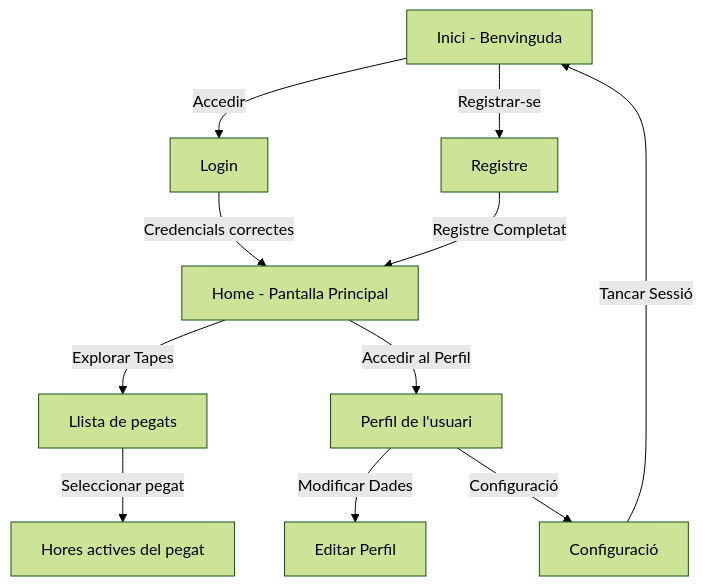
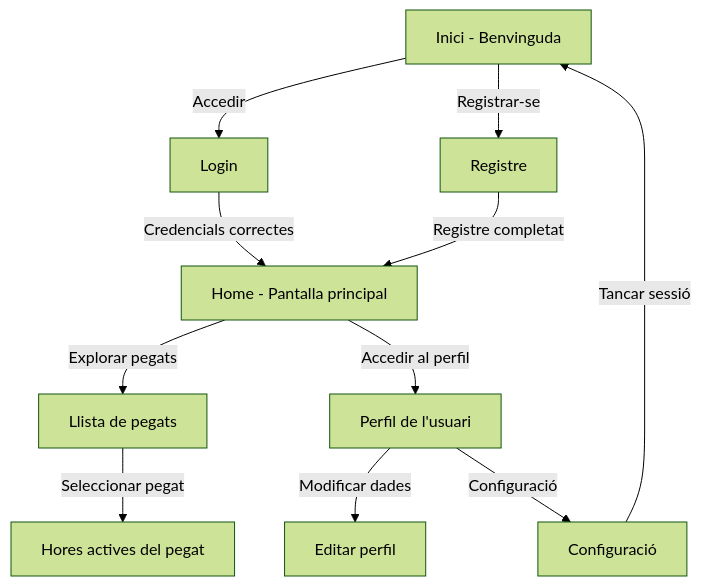
One commit to maraagm/TapatApp changed the diagram in diagramPestanyes.mmd. Above: the diagram before and after it, drawn with Mermaid (forest theme).

```diff
--- a/diagramPestanyes.mmd
+++ b/diagramPestanyes.mmd
@@ -1,11 +1,11 @@
 flowchart TD
     A[Inici - Benvinguda] -->|Accedir| B[Login]
     A -->|Registrar-se| C[Registre]
-    B -->|Credencials correctes| D[Home - Pantalla Principal]
-    C -->|Registre Completat| D
-    D -->|Explorar Tapes| E[Llista de pegats]
+    B -->|Credencials correctes| D[Home - Pantalla principal]
+    C -->|Registre completat| D
+    D -->|Explorar pegats| E[Llista de pegats]
     E -->|Seleccionar pegat| G[Hores actives del pegat]
-    D -->|Accedir al Perfil| J[Perfil de l'usuari]
-    J -->|Modificar Dades| K[Editar Perfil]
+    D -->|Accedir al perfil| J[Perfil de l'usuari]
+    J -->|Modificar dades| K[Editar perfil]
     J -->|Configuració| L[Configuració]
-    L -->|Tancar Sessió| A
+    L -->|Tancar sessió| A
```
